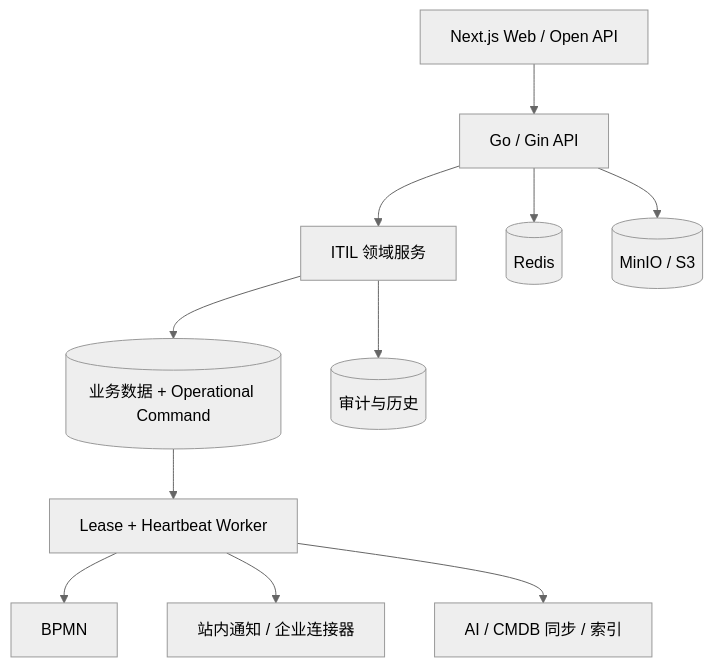
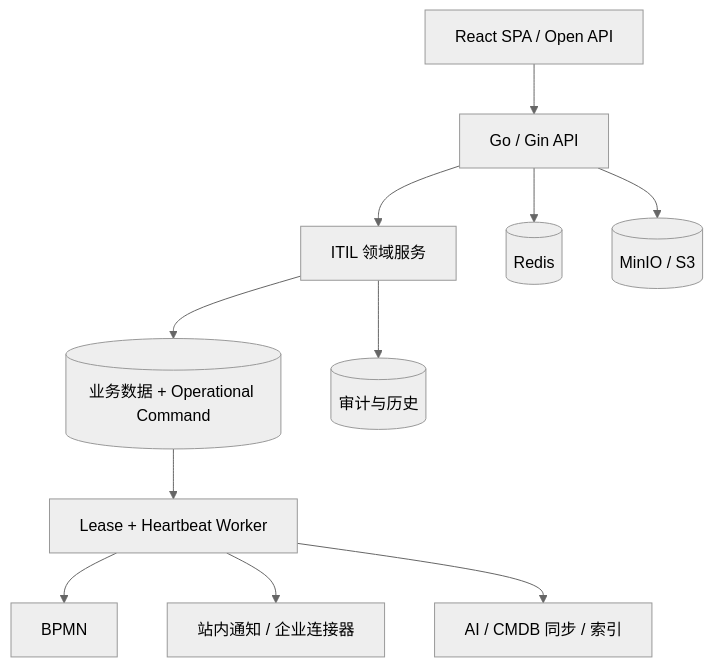
Before and after one commit to wwsheng009/itsm: the second of 2 diagrams in README.md, drawn with Mermaid (neutral theme). The commit also changed other lines of this file and 8 other files, not shown here.

````diff
--- a/README.md
+++ b/README.md
@@ -322,13 +323,13 @@
 ```mermaid
 flowchart TB
-    UI[Next.js Web / Open API] --> API[Go / Gin API]
+    UI[React SPA / Open API] --> API[Go / Gin API]
     API --> DOMAIN[ITIL 领域服务]
     DOMAIN --> TX[(业务数据 + Operational Command)]
     TX --> WORKER[Lease + Heartbeat Worker]
     WORKER --> BPMN[BPMN]
     WORKER --> NOTICE[站内通知 / 企业连接器]
     WORKER --> FUTURE[AI / CMDB 同步 / 索引]
     DOMAIN --> AUDIT[(审计与历史)]
     API --> REDIS[(Redis)]
     API --> OBJECT[(MinIO / S3)]
 ```
````
